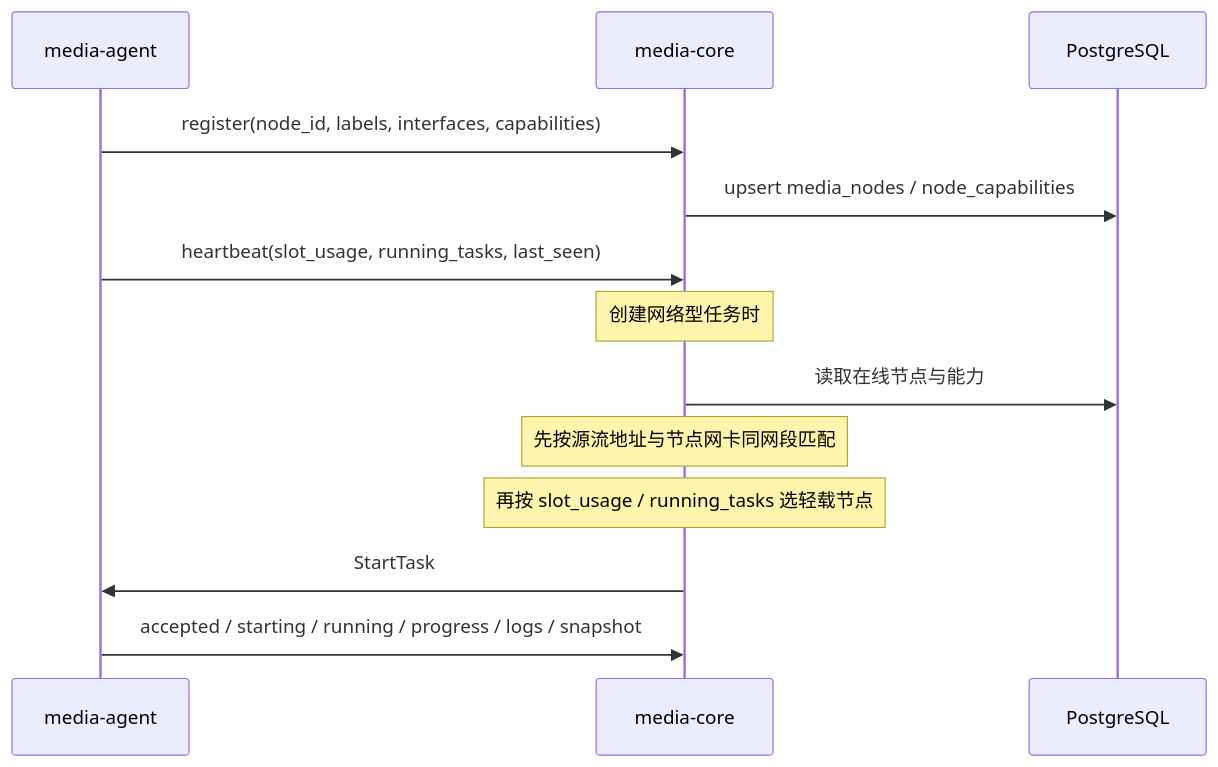
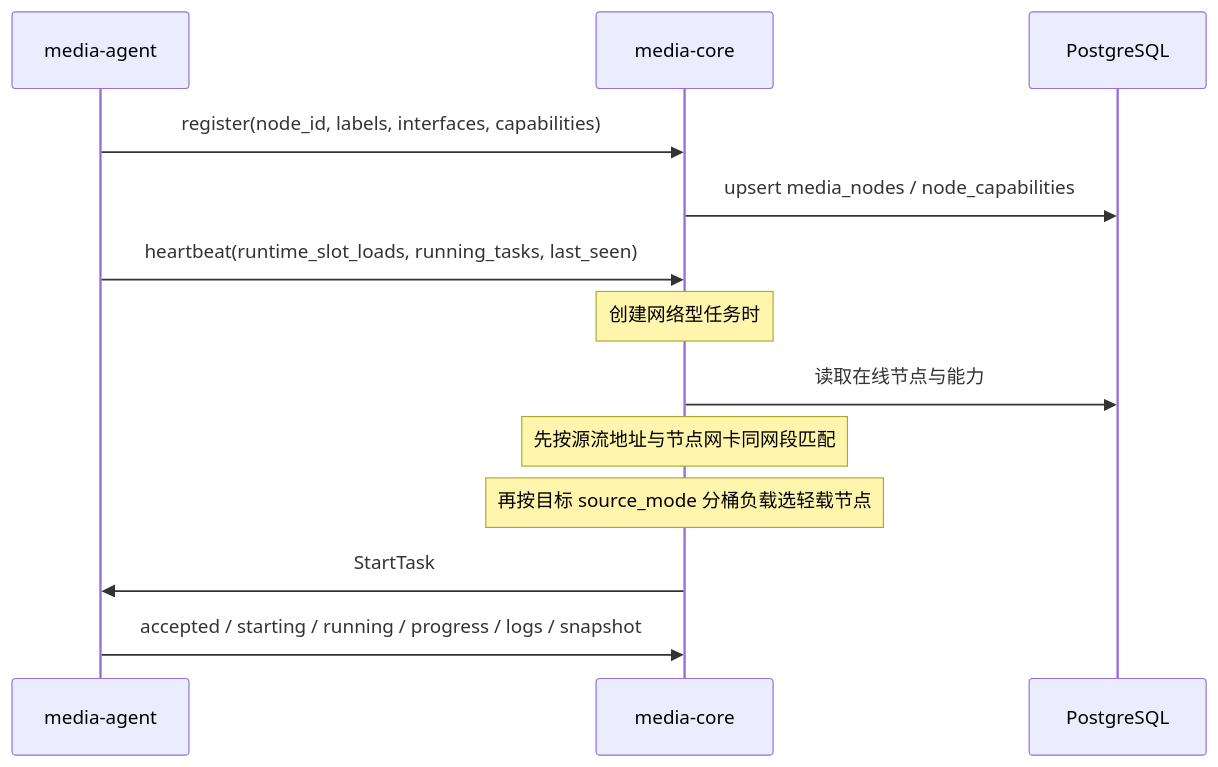
The third of 7 diagrams in docs/zh/17-deployment-diagrams.md (yu1101610062/StreamServer), drawn with Mermaid before and after one commit. The commit also changed 42 other files, not shown here.

````diff
--- a/docs/zh/17-deployment-diagrams.md
+++ b/docs/zh/17-deployment-diagrams.md
@@ -145,17 +145,17 @@
 ```mermaid
 sequenceDiagram
     participant Agent as media-agent
     participant Core as media-core
     participant DB as PostgreSQL
 
     Agent->>Core: register(node_id, labels, interfaces, capabilities)
     Core->>DB: upsert media_nodes / node_capabilities
-    Agent->>Core: heartbeat(slot_usage, running_tasks, last_seen)
+    Agent->>Core: heartbeat(runtime_slot_loads, running_tasks, last_seen)
 
     Note over Core: 创建网络型任务时
     Core->>DB: 读取在线节点与能力
     Note over Core: 先按源流地址与节点网卡同网段匹配
-    Note over Core: 再按 slot_usage / running_tasks 选轻载节点
+    Note over Core: 再按目标 source_mode 分桶负载选轻载节点
     Core->>Agent: StartTask
     Agent->>Core: accepted / starting / running / progress / logs / snapshot
 ```
````
